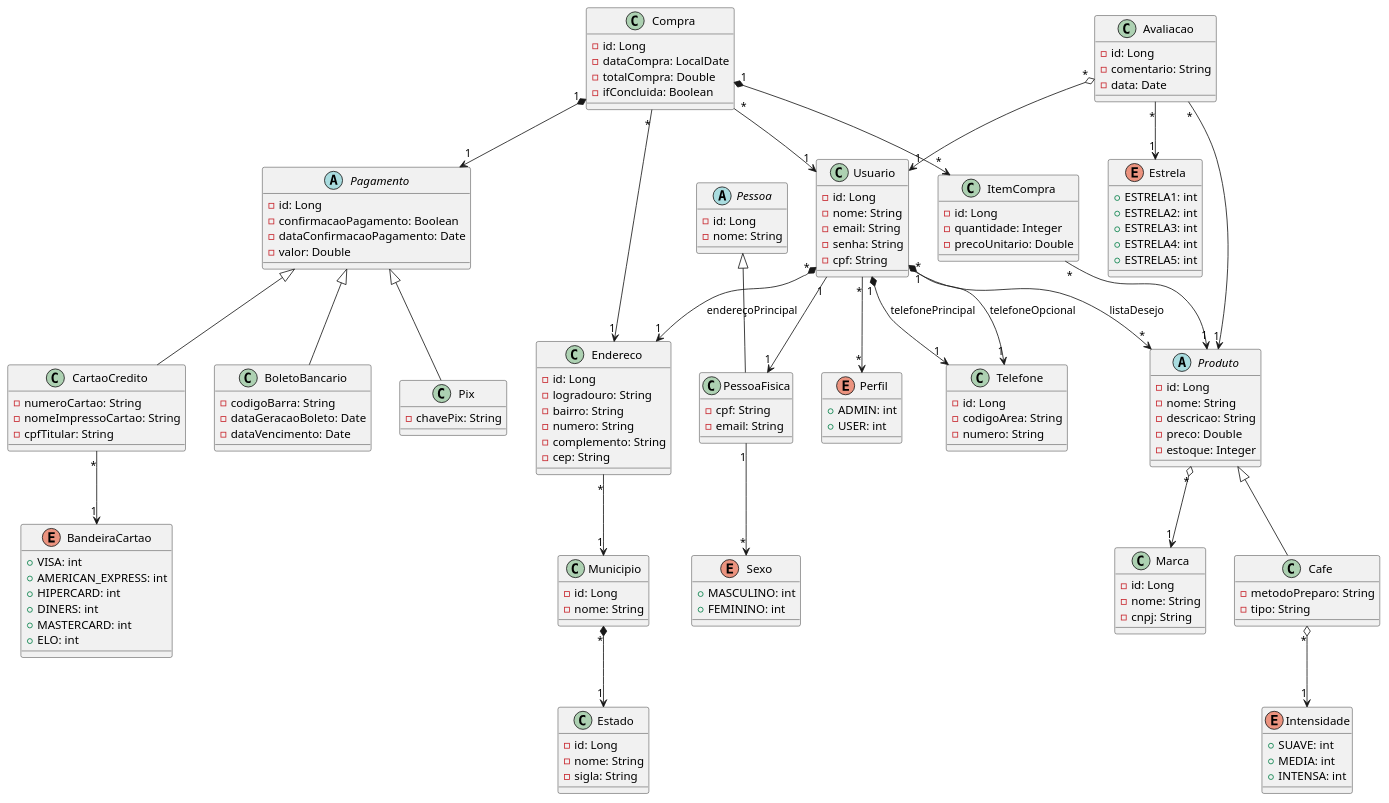
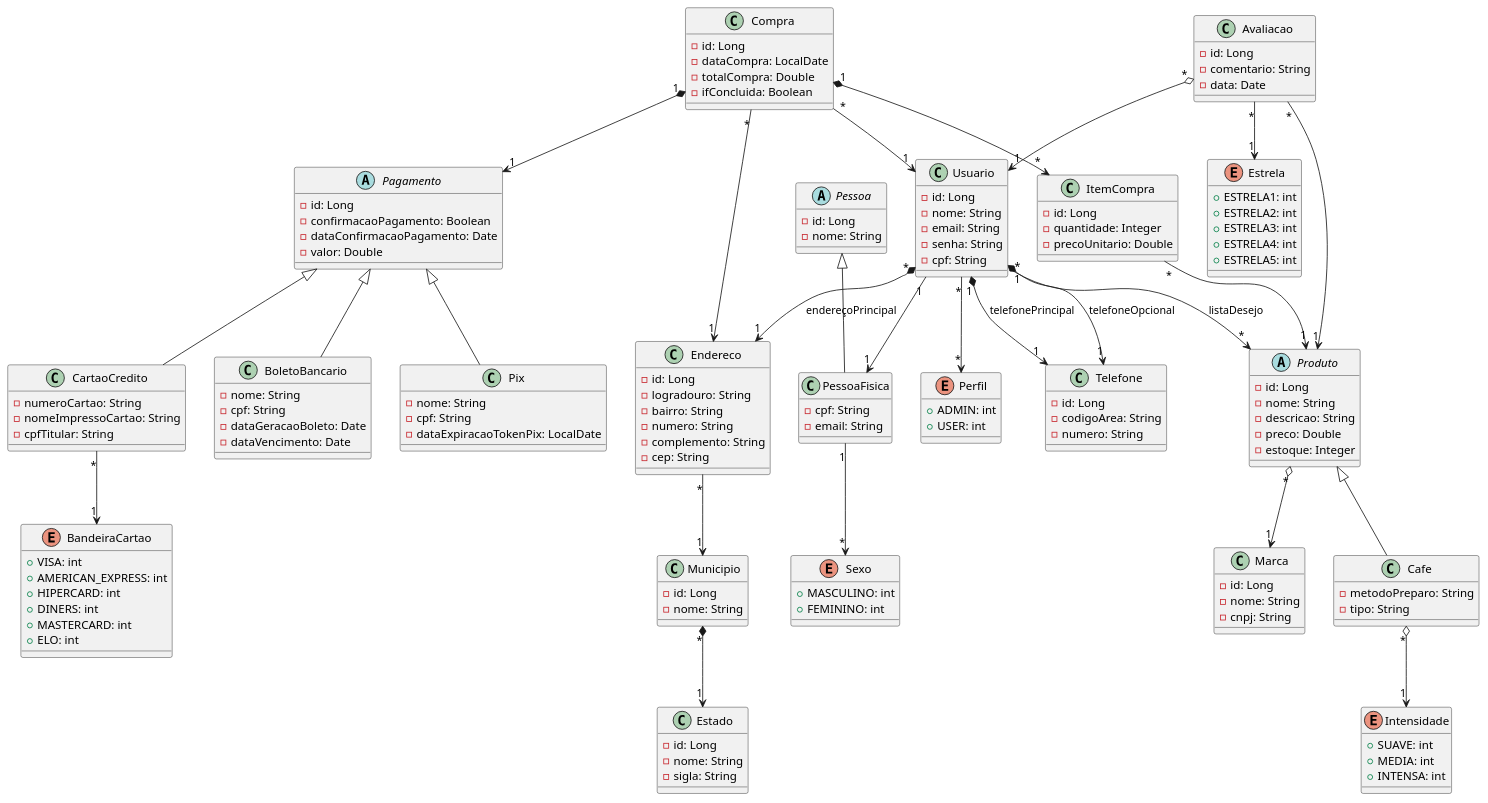
Before and after one commit to emannuelop/JavaCoffee-eCommerce: the diagram in JavaCoffee.plantuml, drawn with PlantUML. The commit also changed 13 other files, not shown here.

```diff
--- a/JavaCoffee.plantuml
+++ b/JavaCoffee.plantuml
@@ -120,14 +120,17 @@
 
     class BoletoBancario {
 
-        - codigoBarra: String
+        - nome: String
+        - cpf: String
         - dataGeracaoBoleto: Date
         - dataVencimento: Date
     }
 
     class Pix {
 
-        - chavePix: String
+        - nome: String
+        - cpf: String
+        - dataExpiracaoTokenPix: LocalDate
     }
 
     class CartaoCredito {
```
